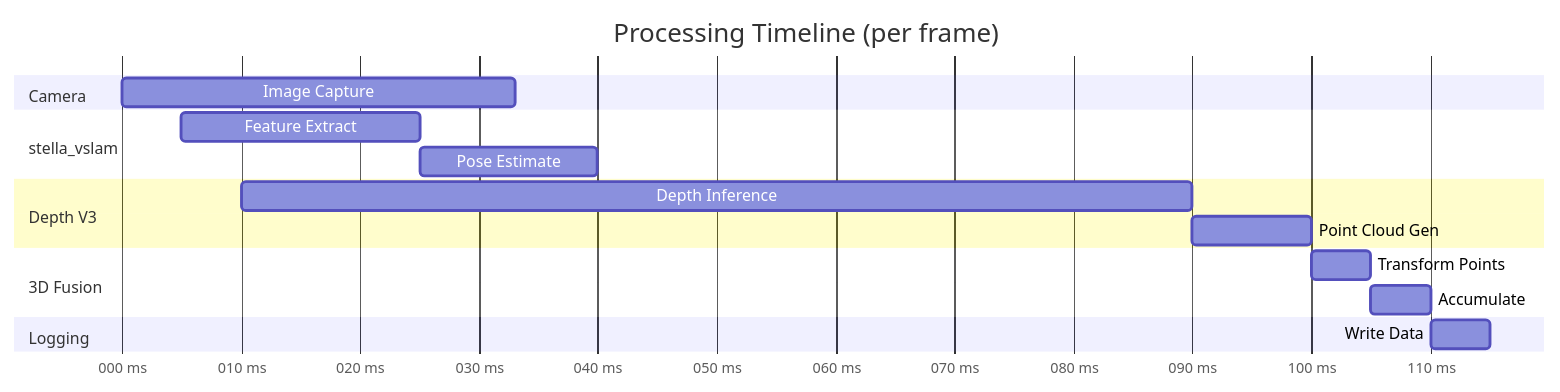
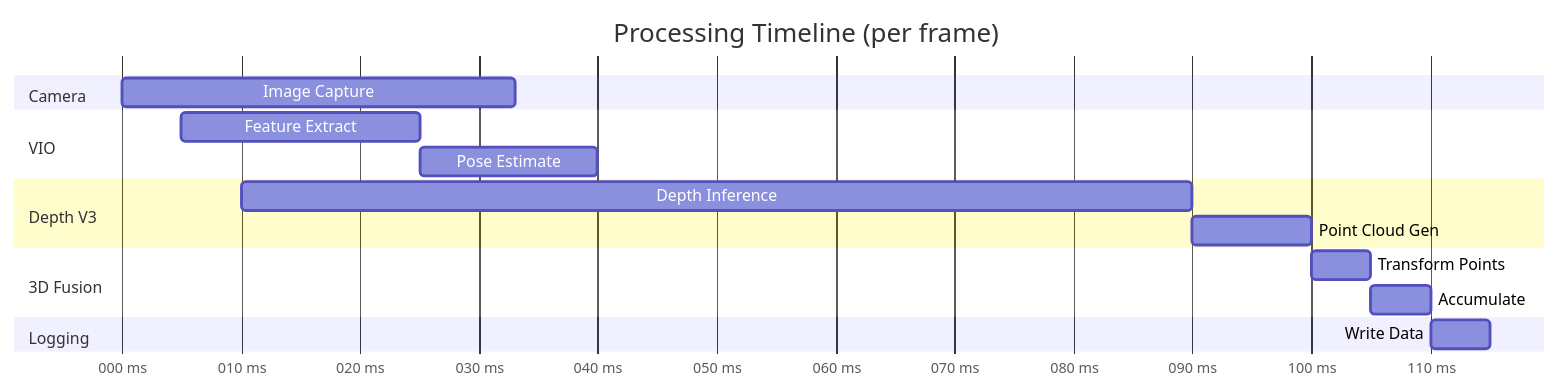
The sixth of 6 diagrams in README.md (Shluo03/AirSniff), drawn with Mermaid before and after one commit. The commit also changed other lines of this file, not shown here.

````diff
--- a/README.md
+++ b/README.md
@@ -166,24 +166,24 @@
 ```mermaid
 gantt
     title Processing Timeline (per frame)
     dateFormat X
     axisFormat %L ms
     
     section Camera
     Image Capture: 0, 33ms
     
-    section stella_vslam
+    section VIO
     Feature Extract: 5, 20ms
     Pose Estimate: 25, 15ms
     
     section Depth V3
     Depth Inference: 10, 80ms
     Point Cloud Gen: 90, 10ms
     
     section 3D Fusion
     Transform Points: 100, 5ms
     Accumulate: 105, 5ms
     
     section Logging
     Write Data: 110, 5ms
 ```
````
